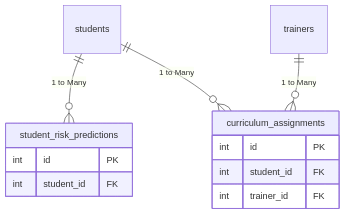
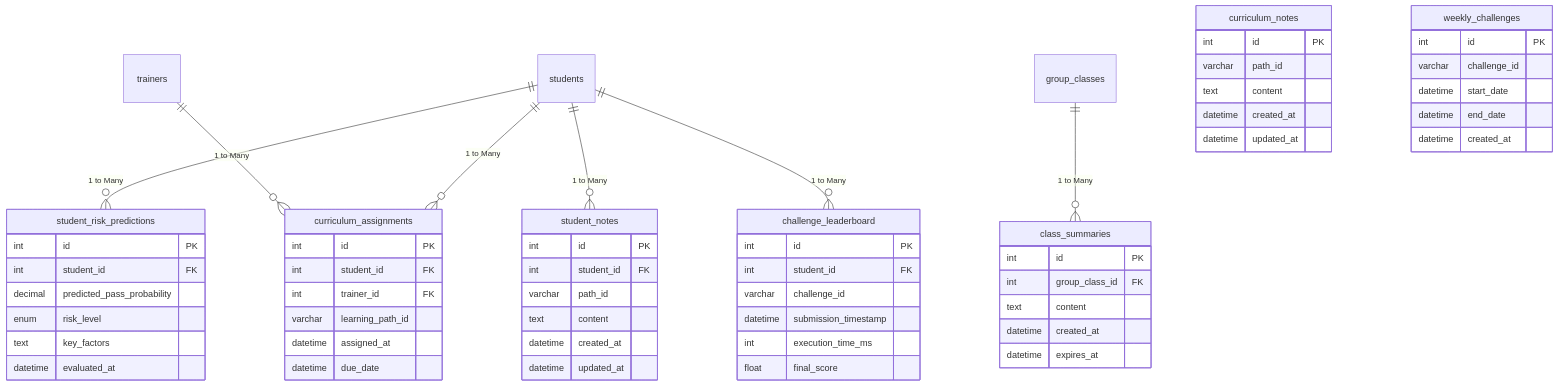
Diagram 24 of 25 in README.md (suyash-rgb/JS-Mentor), drawn with Mermaid before and after one commit. The commit also changed other lines of this file, not shown here.

Commit message:
docs(#55): db ER diagrams and Data dictionary updated

````diff
--- a/README.md
+++ b/README.md
@@ -1250,16 +1311,63 @@
 ```mermaid
 erDiagram
     students ||--o{ student_risk_predictions : "1 to Many"
     trainers ||--o{ curriculum_assignments : "1 to Many"
     students ||--o{ curriculum_assignments : "1 to Many"
+    students ||--o{ student_notes : "1 to Many"
+    group_classes ||--o{ class_summaries : "1 to Many"
+    students ||--o{ challenge_leaderboard : "1 to Many"
 
     student_risk_predictions {
         int id PK
         int student_id FK
+        decimal predicted_pass_probability
+        enum risk_level
+        text key_factors
+        datetime evaluated_at
     }
     curriculum_assignments {
         int id PK
         int student_id FK
         int trainer_id FK
+        varchar learning_path_id
+        datetime assigned_at
+        datetime due_date
+    }
+    curriculum_notes {
+        int id PK
+        varchar path_id
+        text content
+        datetime created_at
+        datetime updated_at
+    }
+    class_summaries {
+        int id PK
+        int group_class_id FK
+        text content
+        datetime created_at
+        datetime expires_at
+    }
+    student_notes {
+        int id PK
+        int student_id FK
+        varchar path_id
+        text content
+        datetime created_at
+        datetime updated_at
+    }
+    weekly_challenges {
+        int id PK
+        varchar challenge_id
+        datetime start_date
+        datetime end_date
+        datetime created_at
+    }
+    challenge_leaderboard {
+        int id PK
+        int student_id FK
+        varchar challenge_id
+        datetime submission_timestamp
+        int execution_time_ms
+        float final_score
     }
 ```
````
